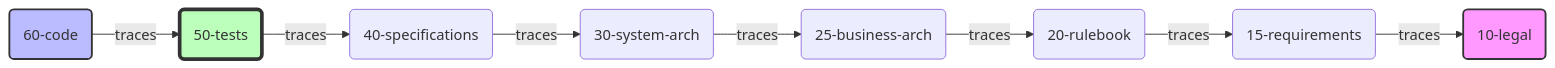
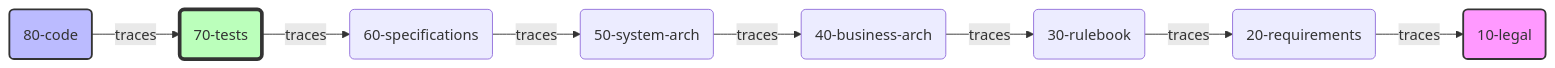
The second of 7 diagrams in elan_intro.md (nnworkspace/presentations), drawn with Mermaid before and after one commit. The commit also changed other lines of this file, not shown here.

````diff
--- a/elan_intro.md
+++ b/elan_intro.md
@@ -211,14 +211,14 @@
 ```mermaid {scale: 0.45}
 graph LR
-    Req(15-requirements) --> |traces| Law(10-legal)
-    Rule(20-rulebook) --> |traces| Req
-    BArch(25-business-arch) --> |traces| Rule
-    SArch(30-system-arch) --> |traces| BArch
-    Spec(40-specifications) --> |traces| SArch
-    Test(50-tests) --> |traces| Spec
-    Impl(60-code) --> |traces| Test
+    Req(20-requirements) --> |traces| Law(10-legal)
+    Rule(30-rulebook) --> |traces| Req
+    BArch(40-business-arch) --> |traces| Rule
+    SArch(50-system-arch) --> |traces| BArch
+    Spec(60-specifications) --> |traces| SArch
+    Test(70-tests) --> |traces| Spec
+    Impl(80-code) --> |traces| Test
     
     style Law fill:#f9f,stroke:#333,stroke-width:2px
     style Impl fill:#bbf,stroke:#333,stroke-width:2px
     style Test fill:#bfb,stroke:#333,stroke-width:4px
 ```
````
